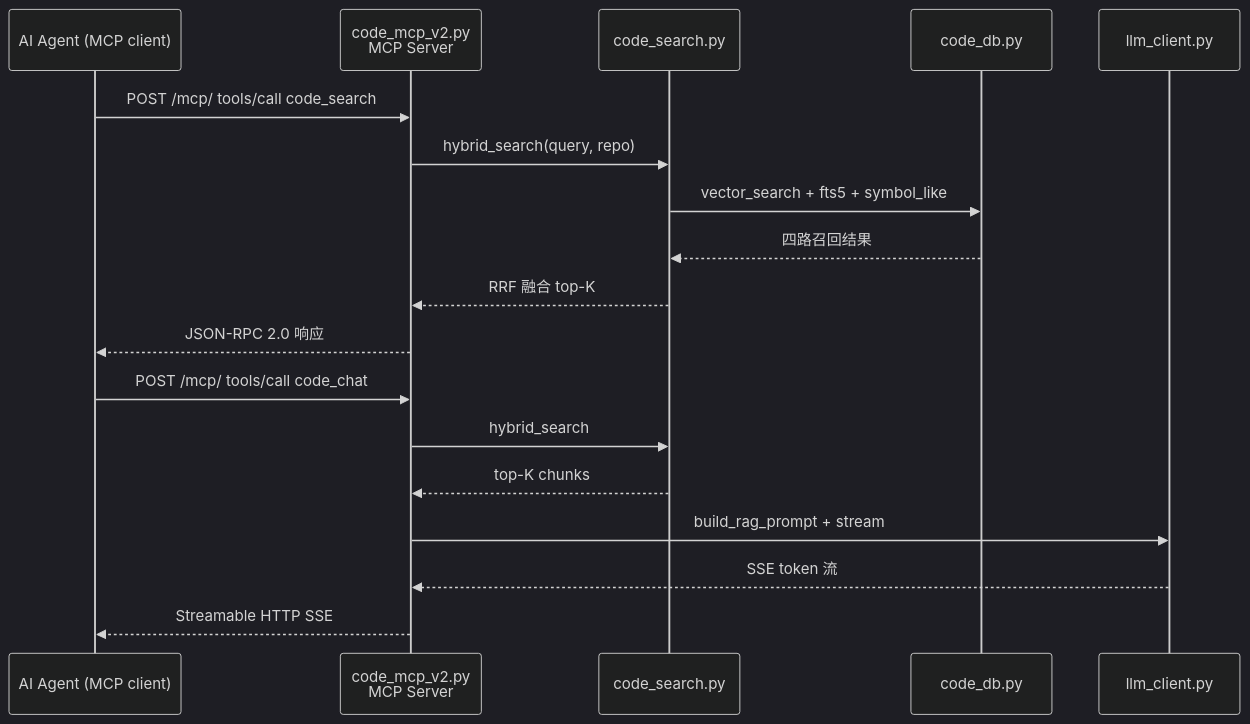
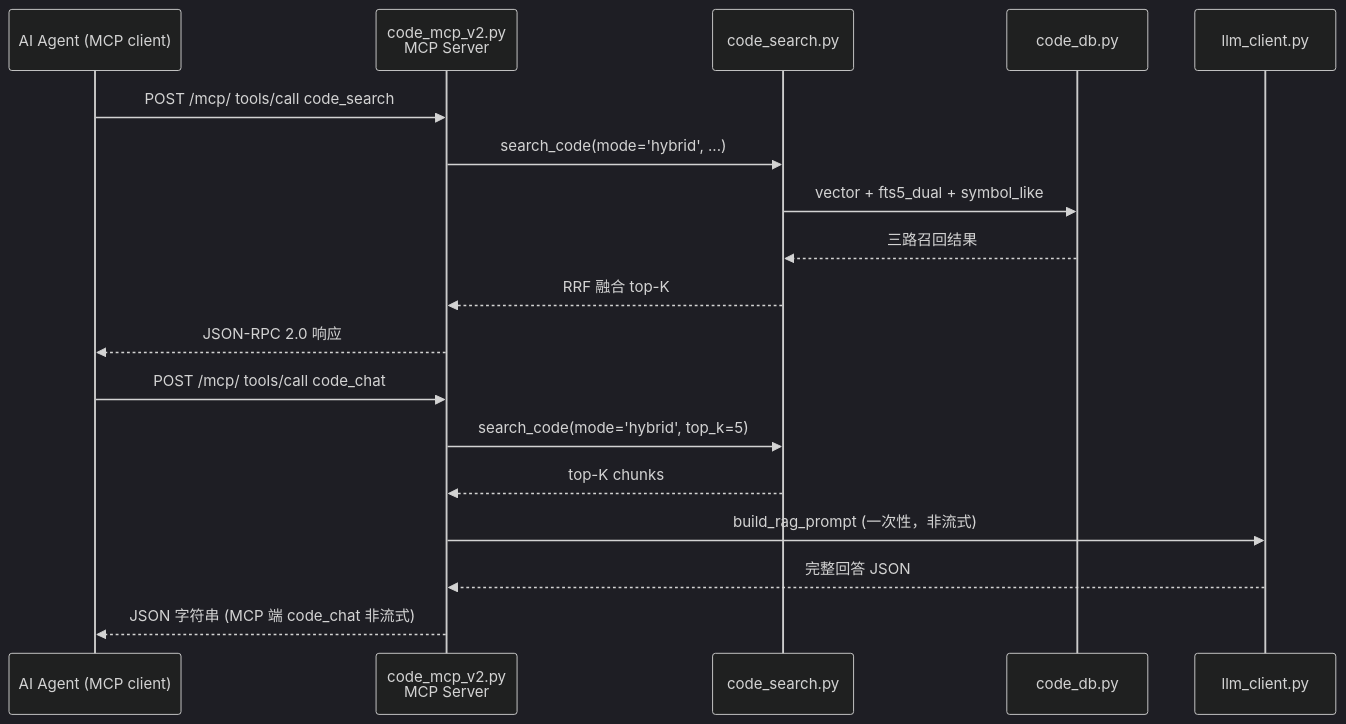
Before and after one commit to chengliuAres/LLM-knowledge-base: the fifth of 5 diagrams in docs/superpowers/specs/2026-06-12-arch-tab-design.md, drawn with Mermaid (dark theme). The commit also changed other lines of this file, not shown here.

````diff
--- a/docs/superpowers/specs/2026-06-12-arch-tab-design.md
+++ b/docs/superpowers/specs/2026-06-12-arch-tab-design.md
@@ -245,22 +254,22 @@
 ```mermaid
 sequenceDiagram
     participant Agent as AI Agent (MCP client)
     participant MCP as code_mcp_v2.py<br/>MCP Server
     participant SR as code_search.py
     participant CD as code_db.py
     participant LLM as llm_client.py
 
     Agent->>MCP: POST /mcp/ tools/call code_search
-    MCP->>SR: hybrid_search(query, repo)
-    SR->>CD: vector_search + fts5 + symbol_like
-    CD-->>SR: 四路召回结果
+    MCP->>SR: search_code(mode='hybrid', ...)
+    SR->>CD: vector + fts5_dual + symbol_like
+    CD-->>SR: 三路召回结果
     SR-->>MCP: RRF 融合 top-K
     MCP-->>Agent: JSON-RPC 2.0 响应
 
     Agent->>MCP: POST /mcp/ tools/call code_chat
-    MCP->>SR: hybrid_search
+    MCP->>SR: search_code(mode='hybrid', top_k=5)
     SR-->>MCP: top-K chunks
-    MCP->>LLM: build_rag_prompt + stream
-    LLM-->>MCP: SSE token 流
-    MCP-->>Agent: Streamable HTTP SSE
+    MCP->>LLM: build_rag_prompt (一次性，非流式)
+    LLM-->>MCP: 完整回答 JSON
+    MCP-->>Agent: JSON 字符串 (MCP 端 code_chat 非流式)
 ```
````
